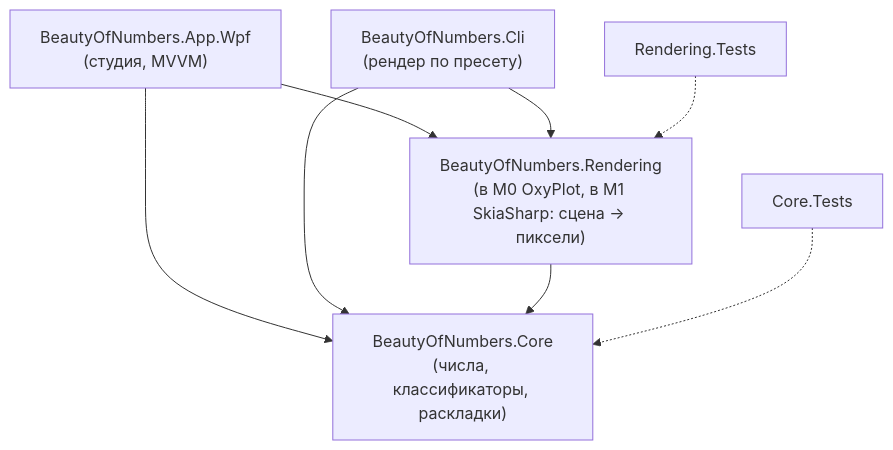
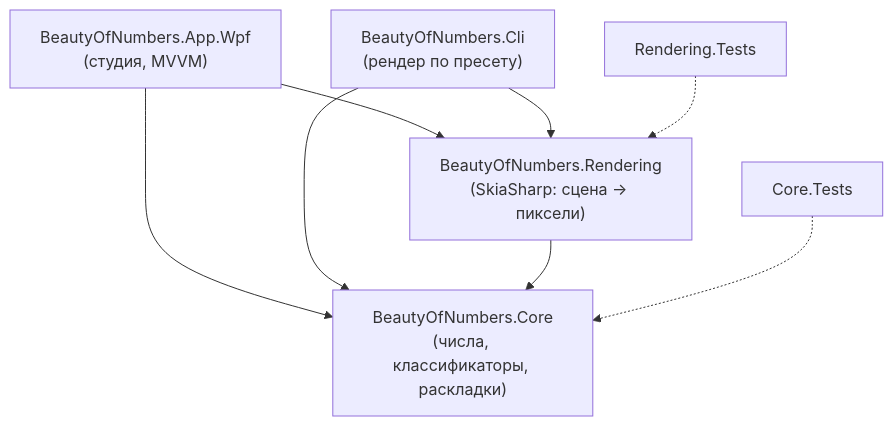
Before and after one commit to GriefZ/prime-spiral-visualizer: the first of 2 diagrams in docs/02-architecture/overview.md, drawn with Mermaid. The commit also changed other lines of this file and 6 other files, not shown here.

````diff
--- a/docs/02-architecture/overview.md
+++ b/docs/02-architecture/overview.md
@@ -15,17 +15,17 @@
 ```mermaid
 graph TD
     App["BeautyOfNumbers.App.Wpf<br/>(студия, MVVM)"]
     Cli["BeautyOfNumbers.Cli<br/>(рендер по пресету)"]
-    Rendering["BeautyOfNumbers.Rendering<br/>(в M0 OxyPlot, в M1 SkiaSharp: сцена → пиксели)"]
+    Rendering["BeautyOfNumbers.Rendering<br/>(SkiaSharp: сцена → пиксели)"]
     Core["BeautyOfNumbers.Core<br/>(числа, классификаторы, раскладки)"]
     CoreTests["Core.Tests"]
     RenderTests["Rendering.Tests"]
 
     App --> Rendering
     App --> Core
     Cli --> Rendering
     Cli --> Core
     Rendering --> Core
     CoreTests -.-> Core
     RenderTests -.-> Rendering
 ```
````
